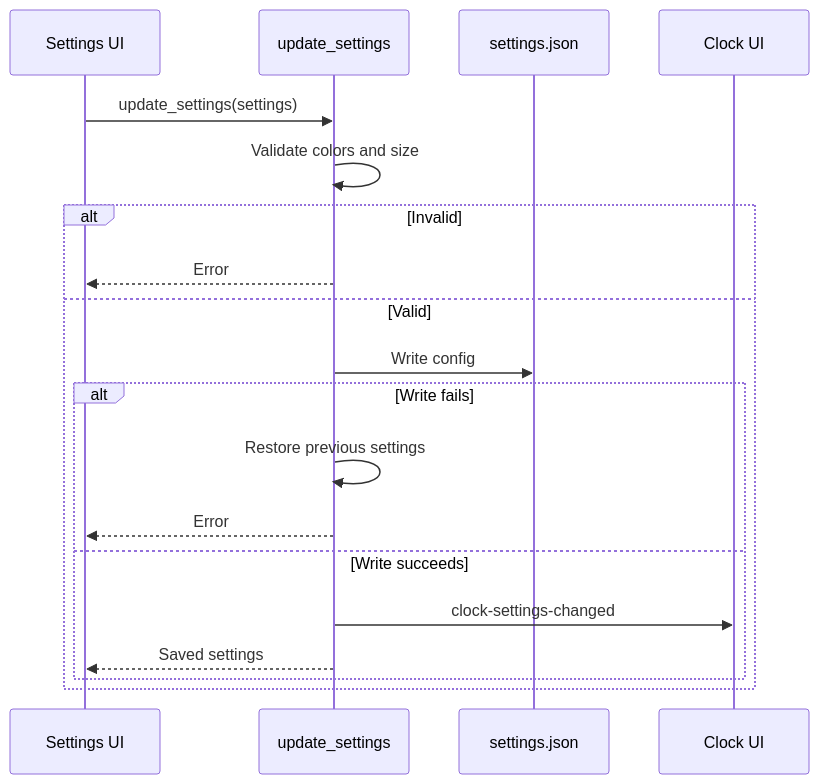
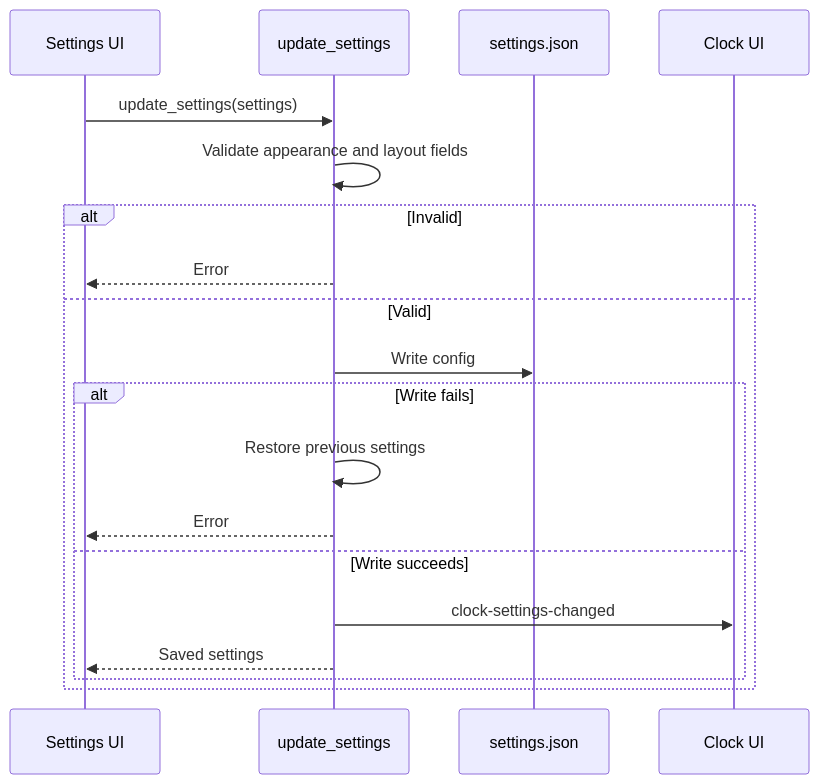
Before and after one commit to tbkmax/TopClock: the second of 2 diagrams in src-tauri/src/doc/workflow_diagram.md, drawn with Mermaid. The commit also changed other lines of this file and 30 other files, not shown here.

````diff
--- a/src-tauri/src/doc/workflow_diagram.md
+++ b/src-tauri/src/doc/workflow_diagram.md
@@ -34,21 +39,21 @@
 ```mermaid
 sequenceDiagram
     participant UI as Settings UI
     participant Rust as update_settings
     participant File as settings.json
     participant Clock as Clock UI
     UI->>Rust: update_settings(settings)
-    Rust->>Rust: Validate colors and size
+    Rust->>Rust: Validate appearance and layout fields
     alt Invalid
         Rust-->>UI: Error
     else Valid
         Rust->>File: Write config
         alt Write fails
             Rust->>Rust: Restore previous settings
             Rust-->>UI: Error
         else Write succeeds
             Rust->>Clock: clock-settings-changed
             Rust-->>UI: Saved settings
         end
     end
 ```
````
